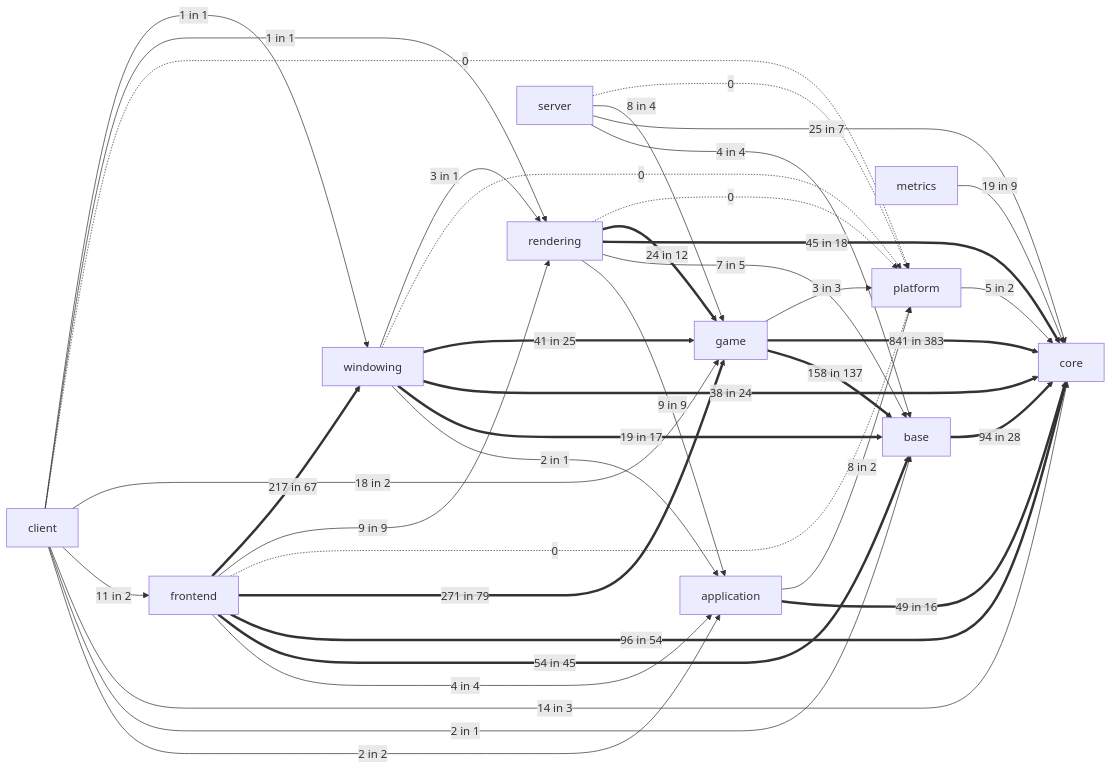
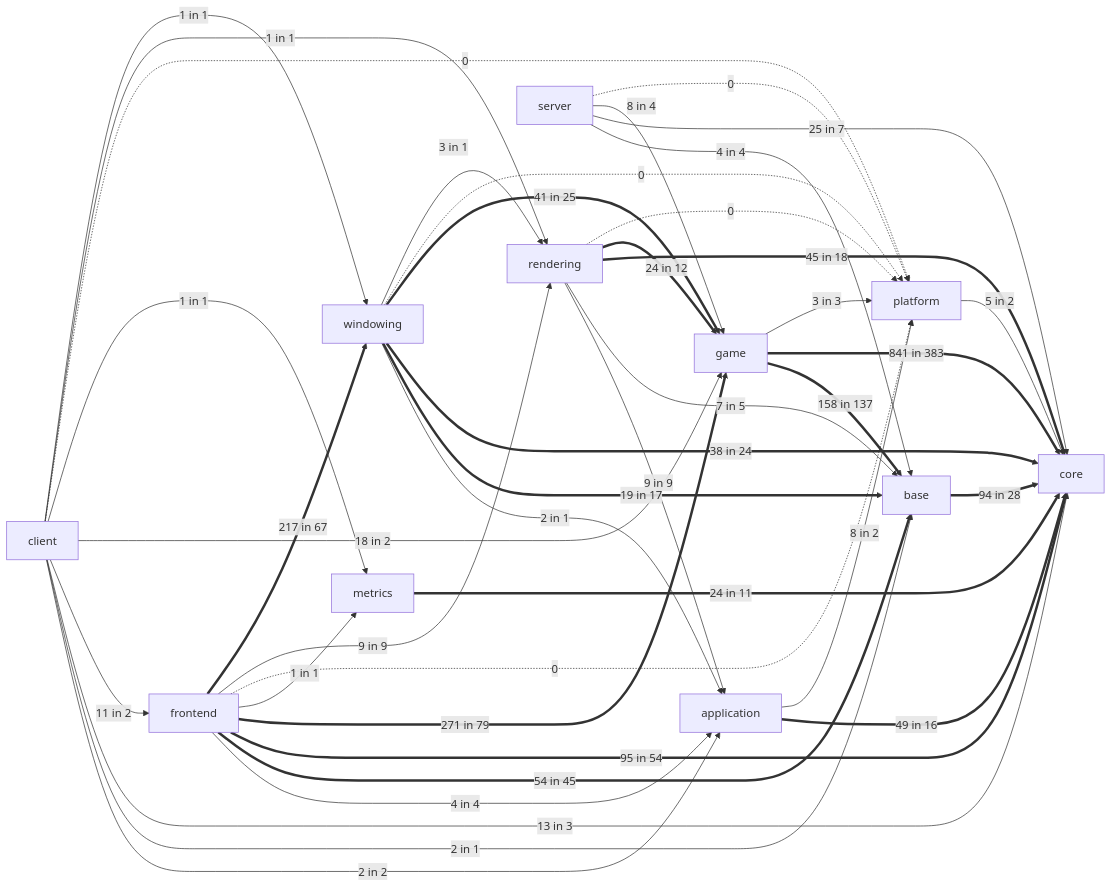
Before and after one commit to apnex/OpenStarbound: the fifth of 11 diagrams in docs/architecture/system-boundaries.md, drawn with Mermaid. The commit also changed other lines of this file and 8 other files, not shown here.

````diff
--- a/docs/architecture/system-boundaries.md
+++ b/docs/architecture/system-boundaries.md
@@ -406,41 +407,43 @@
 ```mermaid
 flowchart LR
   base ==>|94 in 28| core
-  metrics -->|19 in 9| core
+  metrics ==>|24 in 11| core
   platform -->|5 in 2| core
   application ==>|49 in 16| core
   application -->|8 in 2| platform
   game ==>|158 in 137| base
   game ==>|841 in 383| core
   game -->|3 in 3| platform
   rendering -->|9 in 9| application
   rendering -->|7 in 5| base
   rendering ==>|45 in 18| core
   rendering ==>|24 in 12| game
   rendering -.->|0| platform
   windowing -->|2 in 1| application
   windowing ==>|19 in 17| base
   windowing ==>|38 in 24| core
   windowing ==>|41 in 25| game
   windowing -.->|0| platform
   windowing -->|3 in 1| rendering
   frontend -->|4 in 4| application
   frontend ==>|54 in 45| base
-  frontend ==>|96 in 54| core
+  frontend ==>|95 in 54| core
   frontend ==>|271 in 79| game
+  frontend -->|1 in 1| metrics
   frontend -.->|0| platform
   frontend -->|9 in 9| rendering
   frontend ==>|217 in 67| windowing
   client -->|2 in 2| application
   client -->|2 in 1| base
-  client -->|14 in 3| core
+  client -->|13 in 3| core
   client -->|11 in 2| frontend
   client -->|18 in 2| game
+  client -->|1 in 1| metrics
   client -.->|0| platform
   client -->|1 in 1| rendering
   client -->|1 in 1| windowing
   server -->|4 in 4| base
   server -->|25 in 7| core
   server -->|8 in 4| game
   server -.->|0| platform
 ```
````
